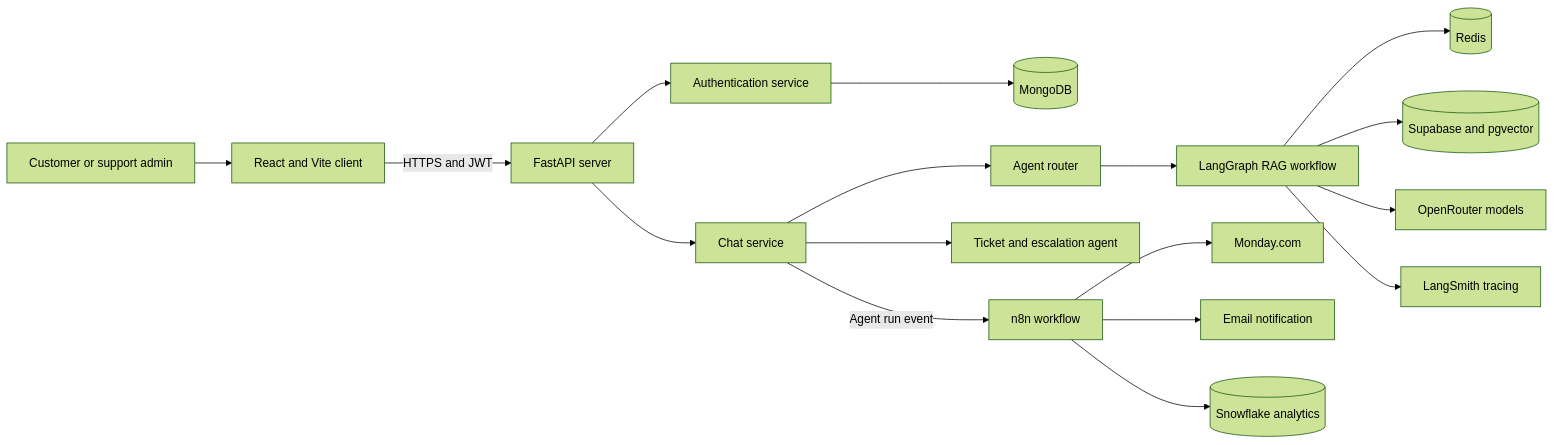
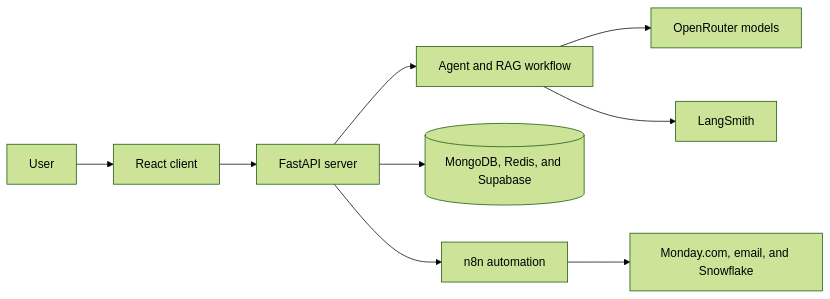
One commit to Maverick474/SupportFlow-AI changed the first of 4 diagrams in README.md. Above: the diagram before and after it, drawn with Mermaid (forest theme). The commit also changed other lines of this file, not shown here.

Commit message:
updated the diagram of readme md file

````diff
--- a/README.md
+++ b/README.md
@@ -59,24 +59,11 @@
 ```mermaid
 flowchart LR
-    User[Customer or support admin] --> Client[React and Vite client]
-    Client -->|HTTPS and JWT| API[FastAPI server]
-
-    API --> Auth[Authentication service]
-    Auth --> Mongo[(MongoDB)]
-
-    API --> Chat[Chat service]
-    Chat --> Router[Agent router]
-    Router --> Graph[LangGraph RAG workflow]
-
-    Graph --> Redis[(Redis)]
-    Graph --> Supabase[(Supabase and pgvector)]
-    Graph --> OpenRouter[OpenRouter models]
-    Graph --> LangSmith[LangSmith tracing]
-
-    Chat --> Ticket[Ticket and escalation agent]
-    Chat -->|Agent run event| N8N[n8n workflow]
-
-    N8N --> Monday[Monday.com]
-    N8N --> Email[Email notification]
-    N8N --> Snowflake[(Snowflake analytics)]
+    User[User] --> Client[React client]
+    Client --> API[FastAPI server]
+    API --> AI[Agent and RAG workflow]
+    API --> Data[(MongoDB, Redis, and Supabase)]
+    AI --> Models[OpenRouter models]
+    AI --> Trace[LangSmith]
+    API --> N8N[n8n automation]
+    N8N --> Tools[Monday.com, email, and Snowflake]
 ```
````
